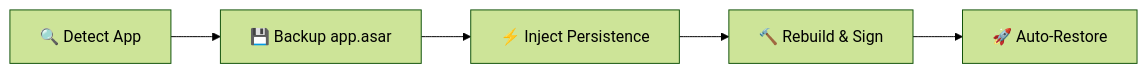
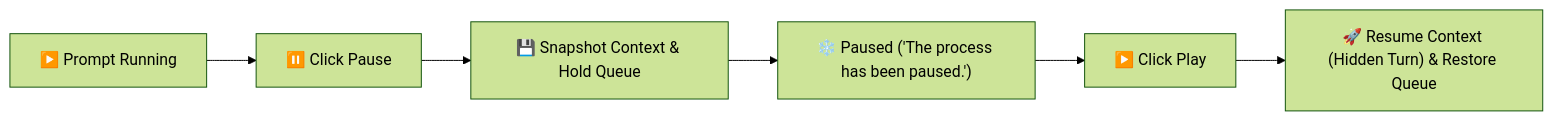
The diagram in README.md (amiltonjr/Antigravity-IDE-WindowSize), drawn with Mermaid (forest theme) before and after one commit. The commit also changed other lines of this file, not shown here.

Commit message:
docs: highlight --add-pause prompt execution controller as primary feature in README

````diff
--- a/README.md
+++ b/README.md
@@ -40,4 +65,8 @@
 ```mermaid
 flowchart LR
-    A["🔍 Detect App"] --> B["💾 Backup app.asar"] --> C["⚡ Inject Persistence"] --> D["🔨 Rebuild & Sign"] --> E["🚀 Auto-Restore"]
+    A["▶️ Prompt Running"] --> B["⏸️ Click Pause"]
+    B --> C["💾 Snapshot Context & Hold Queue"]
+    C --> D["❄️ Paused ('The process has been paused.')"]
+    D --> E["▶️ Click Play"]
+    E --> F["🚀 Resume Context (Hidden Turn) & Restore Queue"]
 ```
````
